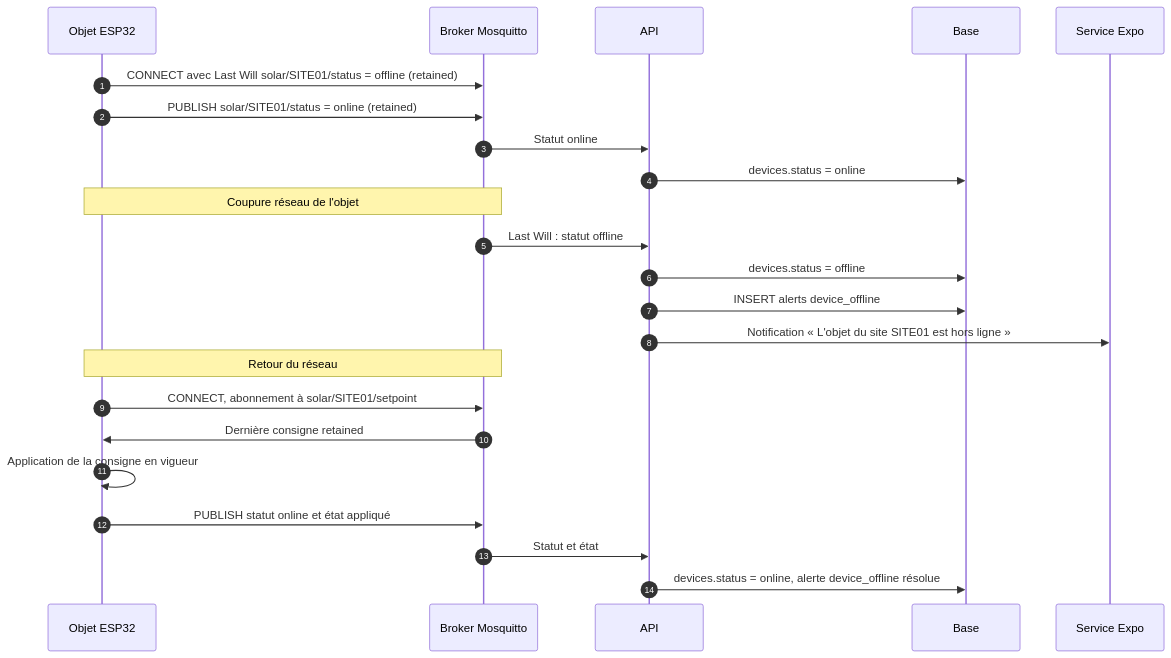
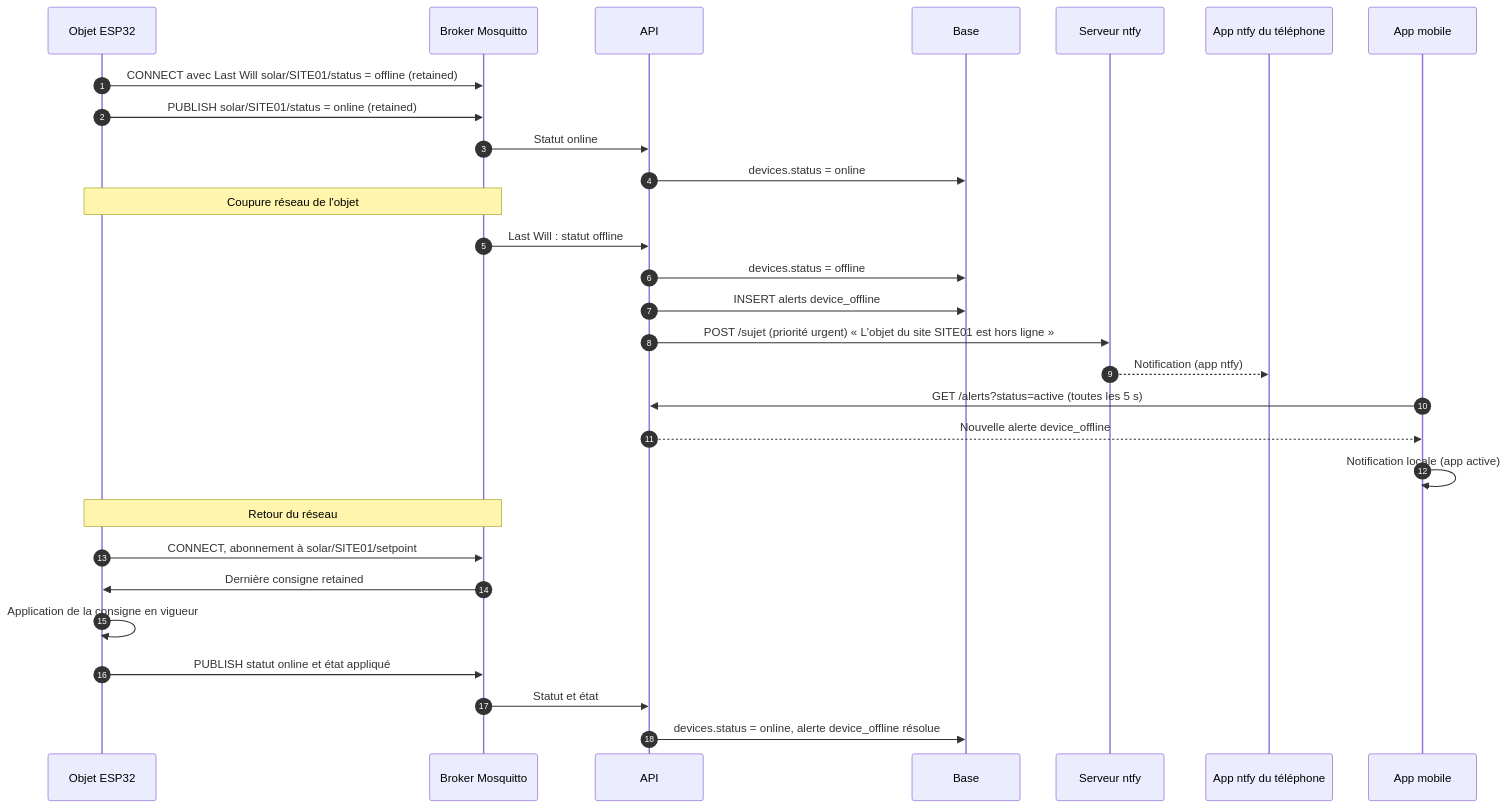
The sixth of 13 diagrams in docs/conception/02-uml.md (SamuelLnds/proj-app-mobile-co), drawn with Mermaid before and after one commit. The commit also changed other lines of this file and 5 other files, not shown here.

First line of the commit message:
docs(design): remplace le push Expo par les notifications locales et ntfy

````diff
--- a/docs/conception/02-uml.md
+++ b/docs/conception/02-uml.md
@@ -320,28 +311,34 @@
 ```mermaid
 sequenceDiagram
   autonumber
   participant D as Objet ESP32
   participant B as Broker Mosquitto
   participant API as API
   participant DB as Base
-  participant X as Service Expo
+  participant N as Serveur ntfy
+  participant P as App ntfy du téléphone
+  participant App as App mobile
 
   D->>B: CONNECT avec Last Will solar/SITE01/status = offline (retained)
   D->>B: PUBLISH solar/SITE01/status = online (retained)
   B->>API: Statut online
   API->>DB: devices.status = online
 
   Note over D,B: Coupure réseau de l'objet
   B->>API: Last Will : statut offline
   API->>DB: devices.status = offline
   API->>DB: INSERT alerts device_offline
-  API->>X: Notification « L'objet du site SITE01 est hors ligne »
+  API->>N: POST /sujet (priorité urgent) « L'objet du site SITE01 est hors ligne »
+  N-->>P: Notification (app ntfy)
+  App->>API: GET /alerts?status=active (toutes les 5 s)
+  API-->>App: Nouvelle alerte device_offline
+  App->>App: Notification locale (app active)
 
   Note over D,B: Retour du réseau
   D->>B: CONNECT, abonnement à solar/SITE01/setpoint
   B->>D: Dernière consigne retained
   D->>D: Application de la consigne en vigueur
   D->>B: PUBLISH statut online et état appliqué
   B->>API: Statut et état
   API->>DB: devices.status = online, alerte device_offline résolue
 ```
````
